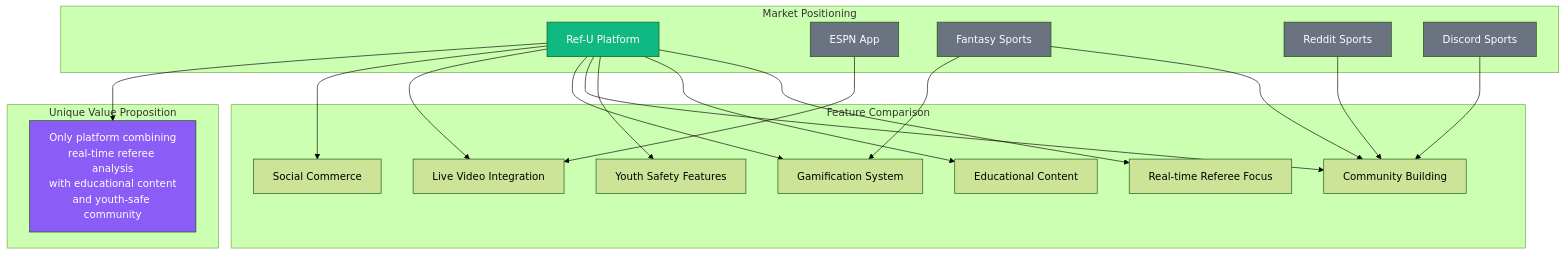
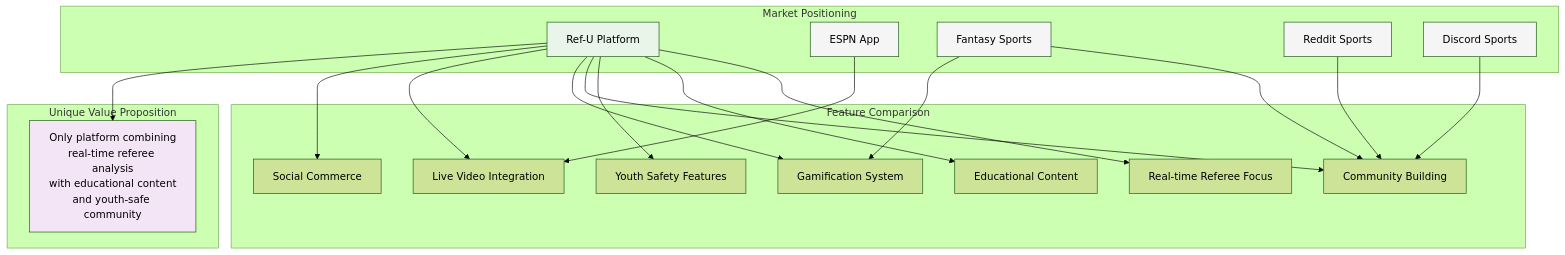
One commit to SkaFld-Ignite/ref-u-wireframes changed the seventh of 9 diagrams in docs/investor-flows.md. Above: the diagram before and after it, drawn with Mermaid (forest theme). The commit also changed other lines of this file and 2 other files, not shown here.

Commit message:
Fix Mermaid diagram colors, perfect wireframe boxes, and rename investor sections to business overview

````diff
--- a/docs/investor-flows.md
+++ b/docs/investor-flows.md
@@ -287,47 +287,47 @@
 ```mermaid
 graph TB
     subgraph "Market Positioning"
         A[Ref-U Platform]
         B[ESPN App]
         C[Fantasy Sports]
         D[Reddit Sports]
         E[Discord Sports]
     end
     
     subgraph "Feature Comparison"
         F1[Real-time Referee Focus]
         F2[Educational Content]
         F3[Youth Safety Features]
         F4[Community Building]
         F5[Gamification System]
         F6[Live Video Integration]
         F7[Social Commerce]
     end
     
     A --> F1
     A --> F2
     A --> F3
     A --> F4
     A --> F5
     A --> F6
     A --> F7
     
     B --> F6
     C --> F4
     C --> F5
     D --> F4
     E --> F4
     
     subgraph "Unique Value Proposition"
         G[Only platform combining<br/>real-time referee analysis<br/>with educational content<br/>and youth-safe community]
     end
     
     A --> G
     
-    style A fill:#10b981,color:white
-    style B fill:#6b7280,color:white
-    style C fill:#6b7280,color:white
-    style D fill:#6b7280,color:white
-    style E fill:#6b7280,color:white
-    style G fill:#8b5cf6,color:white
+    style A fill:#e8f5e8
+    style B fill:#f5f5f5
+    style C fill:#f5f5f5
+    style D fill:#f5f5f5
+    style E fill:#f5f5f5
+    style G fill:#f3e5f5
 ```
````
